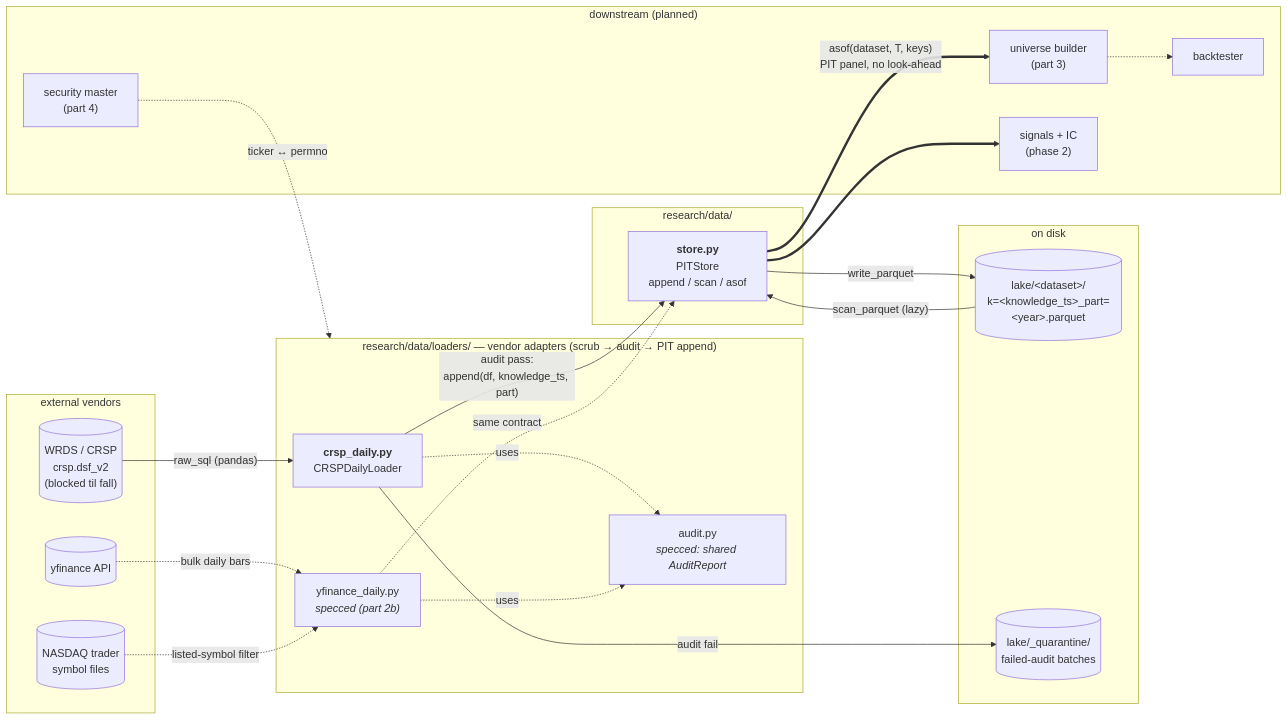
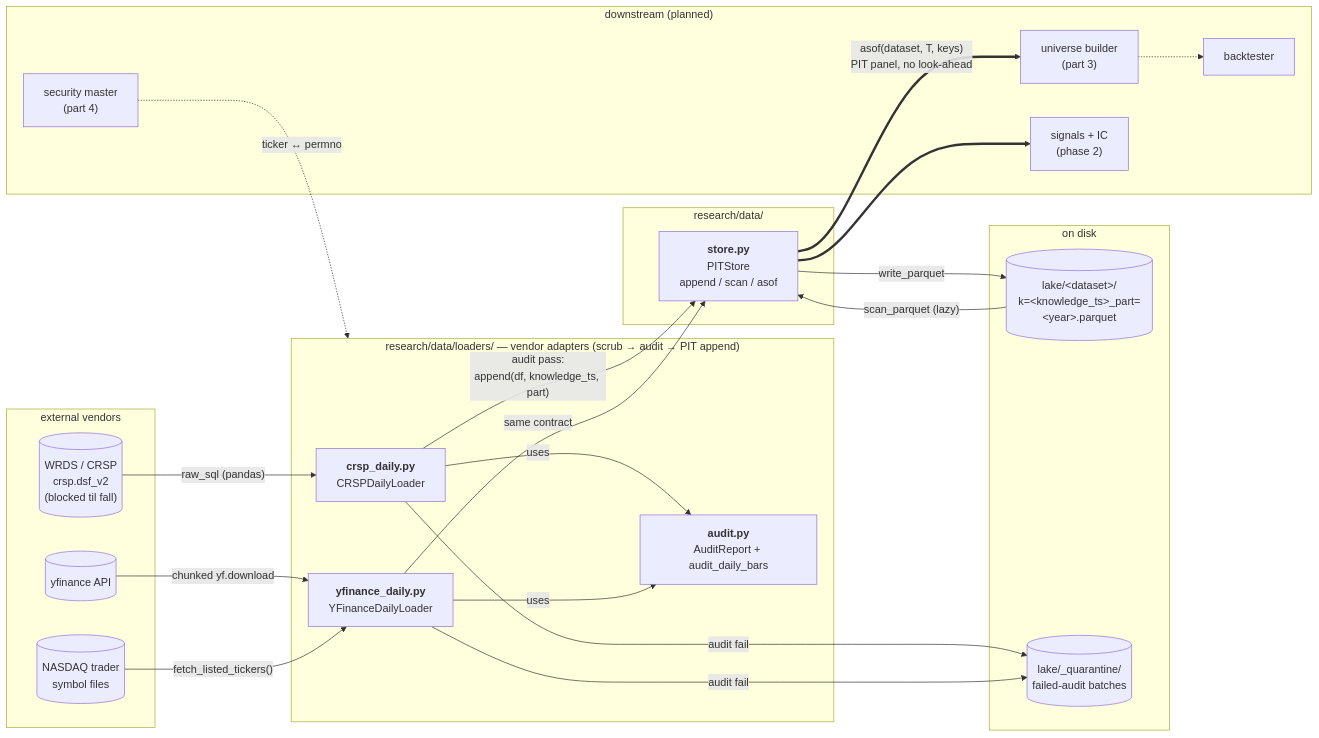
The diagram in docs/SYSTEM_MAP.md (EthanLiu015/multifactor-trading-model), drawn with Mermaid before and after one commit. The commit also changed other lines of this file and 31 other files, not shown here.

First line of the commit message:
feat(data): yfinance interim loader + shared audit (part 2b)

````diff
--- a/docs/SYSTEM_MAP.md
+++ b/docs/SYSTEM_MAP.md
@@ -12,45 +12,46 @@
 ```mermaid
 flowchart LR
     subgraph VENDORS["external vendors"]
         WRDS[("WRDS / CRSP<br/>crsp.dsf_v2<br/>(blocked til fall)")]
         YF[("yfinance API")]
         ND[("NASDAQ trader<br/>symbol files")]
     end
 
     subgraph LOADERS["research/data/loaders/ — vendor adapters (scrub → audit → PIT append)"]
         CRSP["<b>crsp_daily.py</b><br/>CRSPDailyLoader"]
-        YFL["yfinance_daily.py<br/><i>specced (part 2b)</i>"]
-        AUD["audit.py<br/><i>specced: shared AuditReport</i>"]
+        YFL["<b>yfinance_daily.py</b><br/>YFinanceDailyLoader"]
+        AUD["<b>audit.py</b><br/>AuditReport + audit_daily_bars"]
     end
 
     subgraph STORE["research/data/"]
         PIT["<b>store.py</b><br/>PITStore<br/>append / scan / asof"]
     end
 
     subgraph DISK["on disk"]
         LAKE[("lake/&lt;dataset&gt;/<br/>k=&lt;knowledge_ts&gt;_part=&lt;year&gt;.parquet")]
         QUAR[("lake/_quarantine/<br/>failed-audit batches")]
     end
 
     subgraph NEXT["downstream (planned)"]
         UNIV["universe builder<br/>(part 3)"]
         SECM["security master<br/>(part 4)"]
         SIG["signals + IC<br/>(phase 2)"]
         BT["backtester"]
     end
 
     WRDS -- "raw_sql (pandas)" --> CRSP
-    YF -. "bulk daily bars" .-> YFL
-    ND -. "listed-symbol filter" .-> YFL
+    YF -- "chunked yf.download" --> YFL
+    ND -- "fetch_listed_tickers()" --> YFL
     CRSP -- "audit pass:<br/>append(df, knowledge_ts, part)" --> PIT
-    YFL -. same contract .-> PIT
+    YFL -- same contract --> PIT
     CRSP -- "audit fail" --> QUAR
-    CRSP -.uses.-> AUD
-    YFL -.uses.-> AUD
+    YFL -- "audit fail" --> QUAR
+    CRSP -- uses --> AUD
+    YFL -- uses --> AUD
     PIT -- "write_parquet" --> LAKE
     LAKE -- "scan_parquet (lazy)" --> PIT
     PIT == "asof(dataset, T, keys)<br/>PIT panel, no look-ahead" ==> UNIV
     PIT ==> SIG
     UNIV -.-> BT
     SECM -. "ticker ↔ permno" .-> LOADERS
 ```
````
